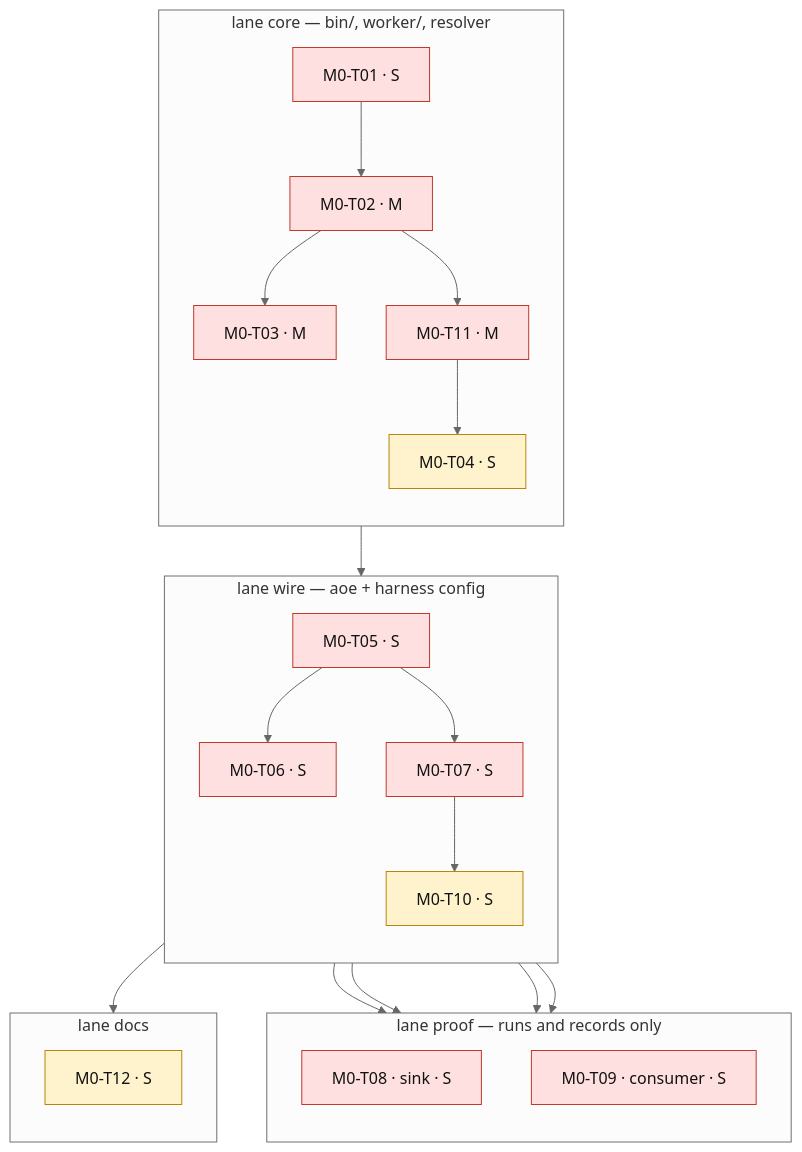
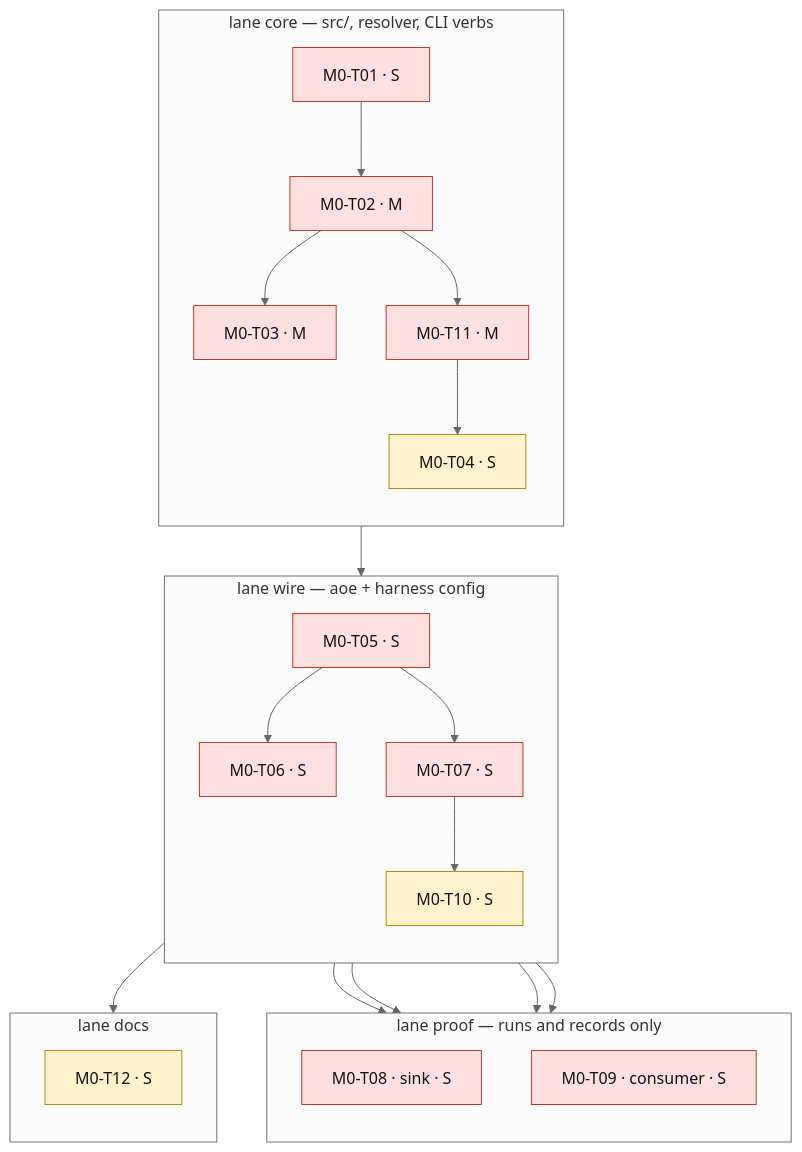
One commit to oozut/agent-of-empires-tags-plugin changed the seventh of 8 diagrams in plan/graph.md. Above: the diagram before and after it, drawn with Mermaid (neutral theme). The commit also changed 45 other files, not shown here.

````diff
--- a/plan/graph.md
+++ b/plan/graph.md
@@ -214,35 +214,35 @@
 ```mermaid
 flowchart TB
-    subgraph core["lane core — bin/, worker/, resolver"]
+    subgraph core["lane core — src/, resolver, CLI verbs"]
         direction TB
         T01["M0-T01 · S"]:::p0 --> T02["M0-T02 · M"]:::p0
         T02 --> T03["M0-T03 · M"]:::p0
         T02 --> T11["M0-T11 · M"]:::p0
         T11 --> T04["M0-T04 · S"]:::p1
     end
     subgraph wire["lane wire — aoe + harness config"]
         direction TB
         T05["M0-T05 · S"]:::p0 --> T06["M0-T06 · S"]:::p0
         T05 --> T07["M0-T07 · S"]:::p0
         T07 --> T10["M0-T10 · S"]:::p1
     end
     subgraph proof["lane proof — runs and records only"]
         direction TB
         T08["M0-T08 · sink · S"]:::p0
         T09["M0-T09 · consumer · S"]:::p0
     end
     subgraph docs["lane docs"]
         direction TB
         T12["M0-T12 · S"]:::p1
     end
 
     T02 --> T05
     T06 --> T08
     T06 --> T09
     T07 --> T08
     T07 --> T09
     T05 --> T12
 
     classDef p0 fill:#ffe0e0,stroke:#c0392b,color:#111
     classDef p1 fill:#fff3cd,stroke:#b8860b,color:#111
 ```
````
